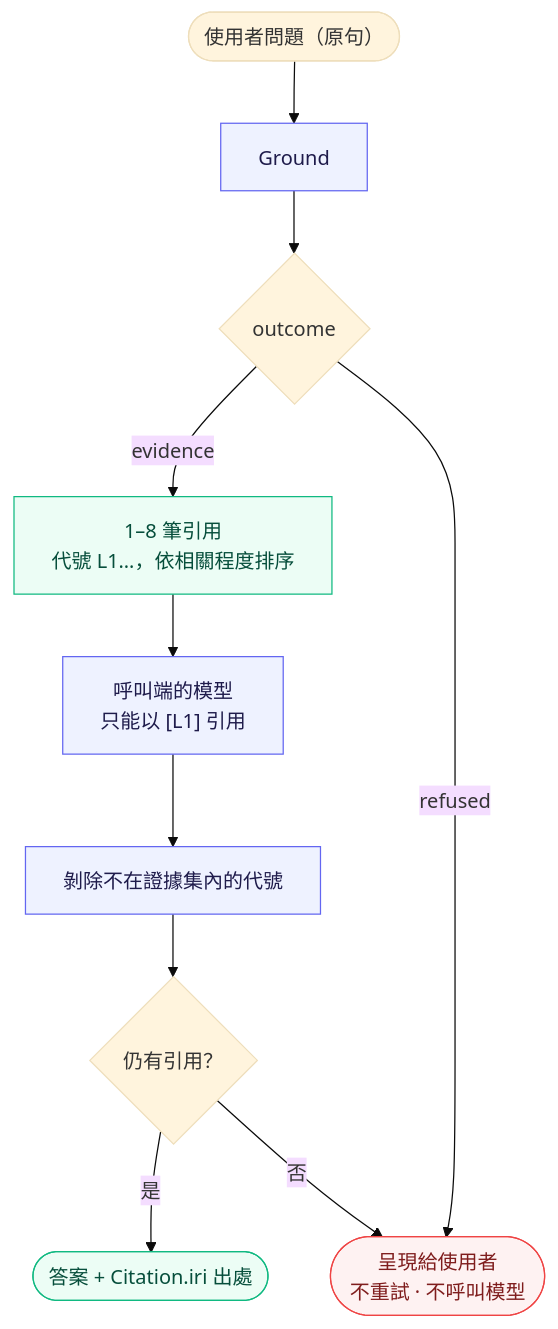
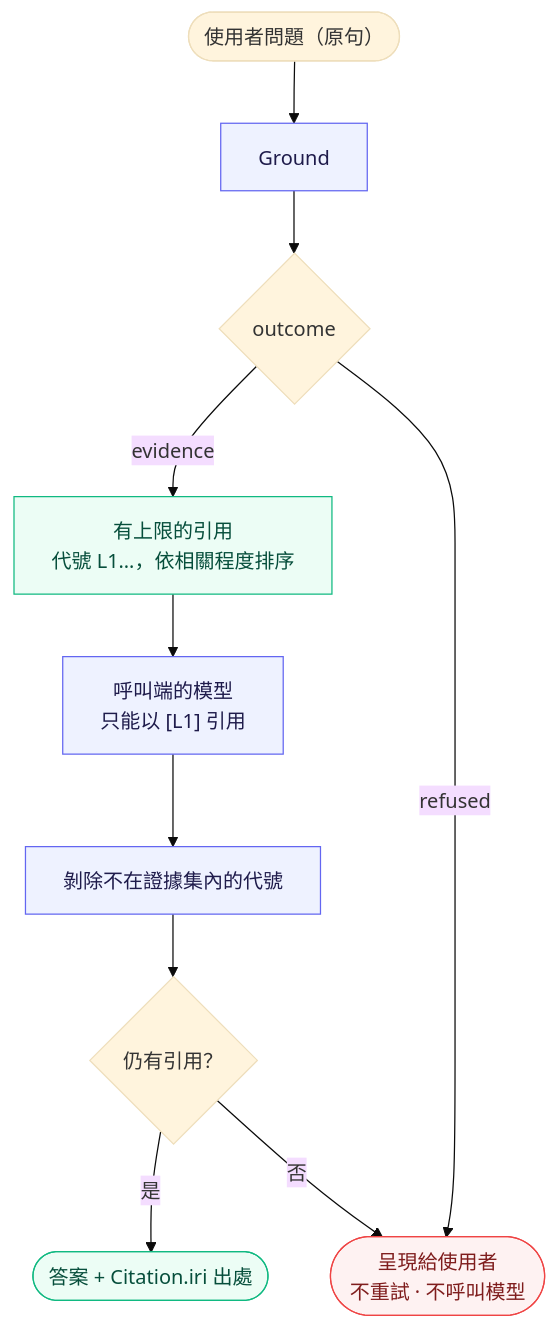
Before and after one commit to elihu0211/envcite: the third of 3 diagrams in proto/README.md, drawn with Mermaid (base theme). The commit also changed other lines of this file and 14 other files, not shown here.

````diff
--- a/proto/README.md
+++ b/proto/README.md
@@ -113,20 +113,20 @@
 ```mermaid
 %%{init: {"flowchart": {"curve": "basis"}}}%%
 flowchart TD
     q(["使用者問題（原句）"]) --> ground["Ground"]
     ground --> out{"outcome"}
-    out -->|evidence| ev["1–8 筆引用<br/>代號 L1…，依相關程度排序"]
+    out -->|evidence| ev["有上限的引用<br/>代號 L1…，依相關程度排序"]
     out -->|refused| rf(["呈現給使用者<br/>不重試 · 不呼叫模型"])
     ev --> llm["呼叫端的模型<br/>只能以 [L1] 引用"]
     llm --> strip["剝除不在證據集內的代號"]
     strip --> fin{"仍有引用？"}
     fin -->|是| ans(["答案 + Citation.iri 出處"])
     fin -->|否| rf
 
     classDef ok fill:#ecfdf5,stroke:#10b981,color:#064e3b
     classDef stop fill:#fef2f2,stroke:#ef4444,color:#7f1d1d
     classDef step fill:#eef2ff,stroke:#6366f1,color:#1e1b4b
     class ans,ev ok
     class rf stop
     class ground,llm,strip step
 ```
````
